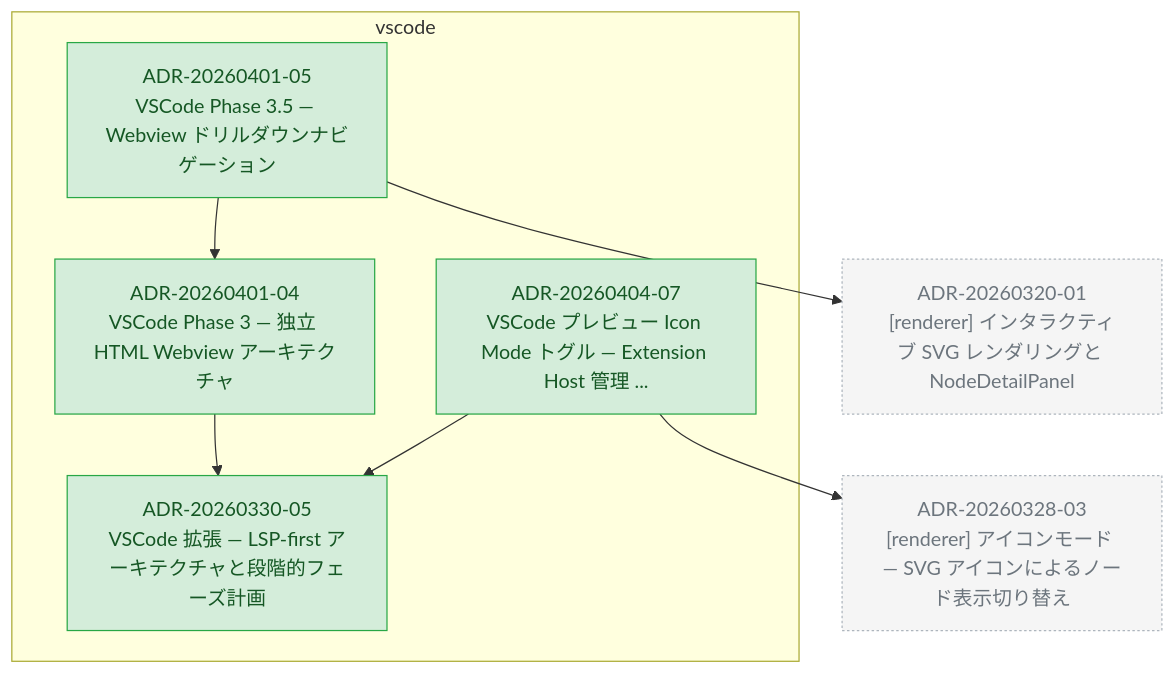
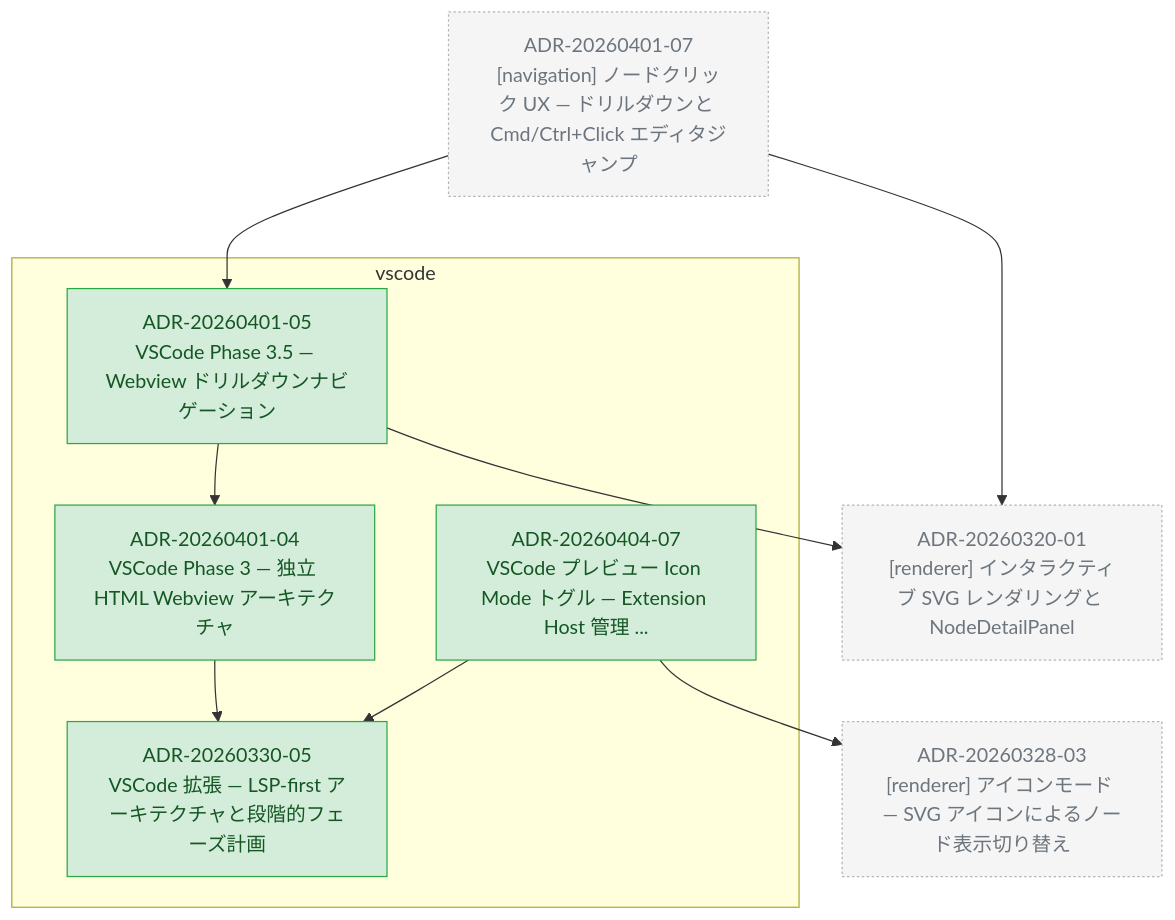
Before and after one commit to kompiro/karasu: the diagram in docs/adr/graph/vscode.md, drawn with Mermaid. The commit also changed 8 other files, not shown here.

First line of the commit message:
chore(adr): regenerate graphs after merging main

````diff
--- a/docs/adr/graph/vscode.md
+++ b/docs/adr/graph/vscode.md
@@ -6,29 +6,33 @@
 ```mermaid
 flowchart TD
   subgraph vscode["vscode"]
     ADR_20260330_05["ADR-20260330-05<br/>VSCode 拡張 — LSP-first アーキテクチャと段階的フェーズ計画"]
     ADR_20260401_04["ADR-20260401-04<br/>VSCode Phase 3 — 独立 HTML Webview アーキテクチャ"]
     ADR_20260401_05["ADR-20260401-05<br/>VSCode Phase 3.5 — Webview ドリルダウンナビゲーション"]
     ADR_20260404_07["ADR-20260404-07<br/>VSCode プレビュー Icon Mode トグル — Extension Host 管理 ..."]
   end
   ADR_20260320_01["ADR-20260320-01<br/>[renderer] インタラクティブ SVG レンダリングと NodeDetailPanel"]
   ADR_20260328_03["ADR-20260328-03<br/>[renderer] アイコンモード — SVG アイコンによるノード表示切り替え"]
+  ADR_20260401_07["ADR-20260401-07<br/>[navigation] ノードクリック UX — ドリルダウンと Cmd/Ctrl+Click エディタジャンプ"]
   ADR_20260401_04 --> ADR_20260330_05
   ADR_20260401_05 --> ADR_20260401_04
   ADR_20260401_05 --> ADR_20260320_01
   ADR_20260404_07 --> ADR_20260328_03
   ADR_20260404_07 --> ADR_20260330_05
+  ADR_20260401_07 --> ADR_20260320_01
+  ADR_20260401_07 --> ADR_20260401_05
 
   classDef accepted fill:#d4edda,stroke:#28a745,color:#155724
   classDef proposed fill:#fff3cd,stroke:#ffc107,color:#856404
   classDef deprecated fill:#f8d7da,stroke:#dc3545,color:#721c24
   classDef superseded fill:#e2e3e5,stroke:#6c757d,color:#383d41
   classDef not_adopted fill:#e2e3e5,stroke:#6c757d,color:#383d41,stroke-dasharray:3 3
   classDef ghost fill:#f5f5f5,stroke:#adb5bd,color:#6c757d,stroke-dasharray:2 2
   class ADR_20260330_05 accepted
   class ADR_20260401_04 accepted
   class ADR_20260401_05 accepted
   class ADR_20260404_07 accepted
   class ADR_20260320_01 ghost
   class ADR_20260328_03 ghost
+  class ADR_20260401_07 ghost
 ```
````
